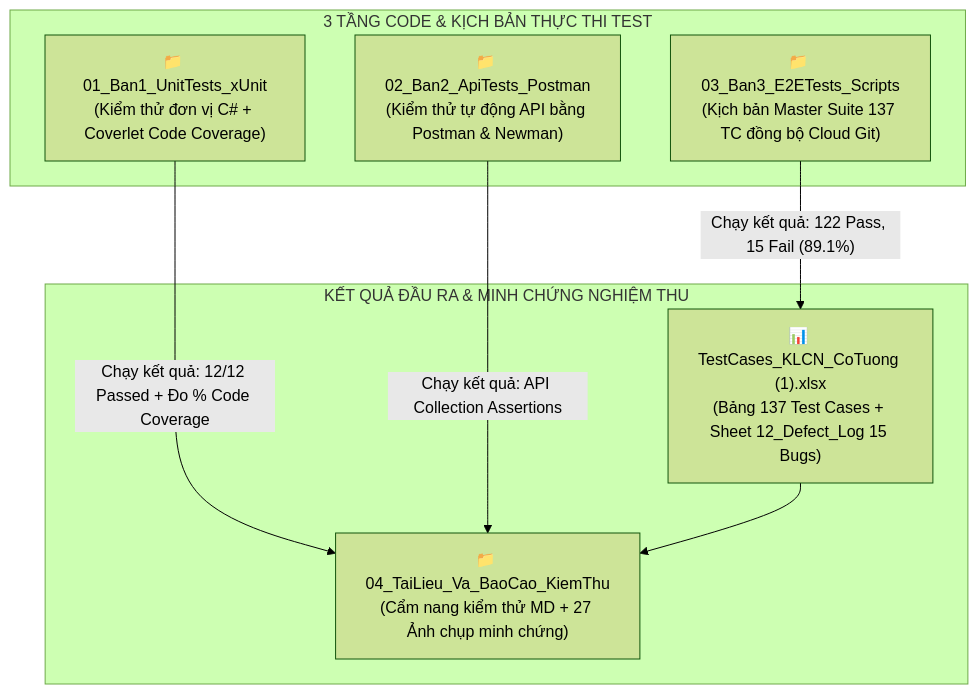
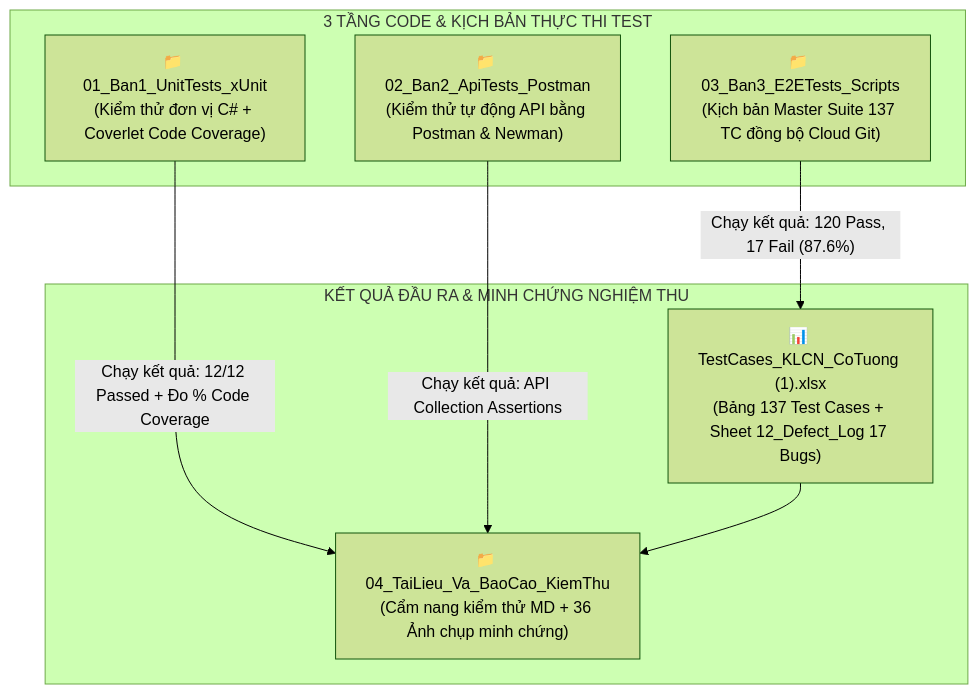
One commit to thequang120605-byte/C-T-ng- changed the diagram in Testing/HUONG_DAN_HOAT_DONG_4_FOLDER_TESTING.md. Above: the diagram before and after it, drawn with Mermaid (forest theme). The commit also changed other lines of this file and 2 other files, not shown here.

Commit message:
docs(testing): synchronize 17 confirmed defects across documentation and defect cards

````diff
--- a/Testing/HUONG_DAN_HOAT_DONG_4_FOLDER_TESTING.md
+++ b/Testing/HUONG_DAN_HOAT_DONG_4_FOLDER_TESTING.md
@@ -15,18 +15,18 @@
 ```mermaid
 flowchart TD
     subgraph TestCode["3 TẦNG CODE & KỊCH BẢN THỰC THI TEST"]
         F1["📁 01_Ban1_UnitTests_xUnit<br/>(Kiểm thử đơn vị C# + Coverlet Code Coverage)"]
         F2["📁 02_Ban2_ApiTests_Postman<br/>(Kiểm thử tự động API bằng Postman & Newman)"]
         F3["📁 03_Ban3_E2ETests_Scripts<br/>(Kịch bản Master Suite 137 TC đồng bộ Cloud Git)"]
     end
 
     subgraph TestResults["KẾT QUẢ ĐẦU RA & MINH CHỨNG NGHIỆM THU"]
-        F4["📁 04_TaiLieu_Va_BaoCao_KiemThu<br/>(Cẩm nang kiểm thử MD + 27 Ảnh chụp minh chứng)"]
-        FExcel["📊 TestCases_KLCN_CoTuong (1).xlsx<br/>(Bảng 137 Test Cases + Sheet 12_Defect_Log 15 Bugs)"]
+        F4["📁 04_TaiLieu_Va_BaoCao_KiemThu<br/>(Cẩm nang kiểm thử MD + 36 Ảnh chụp minh chứng)"]
+        FExcel["📊 TestCases_KLCN_CoTuong (1).xlsx<br/>(Bảng 137 Test Cases + Sheet 12_Defect_Log 17 Bugs)"]
     end
 
     F1 -->|"Chạy kết quả: 12/12 Passed + Đo % Code Coverage"| F4
     F2 -->|"Chạy kết quả: API Collection Assertions"| F4
-    F3 -->|"Chạy kết quả: 122 Pass, 15 Fail (89.1%)"| FExcel
+    F3 -->|"Chạy kết quả: 120 Pass, 17 Fail (87.6%)"| FExcel
     FExcel --> F4
 ```
````
